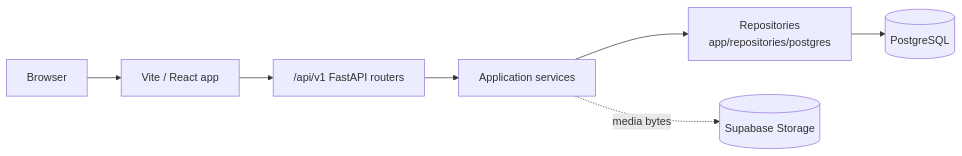
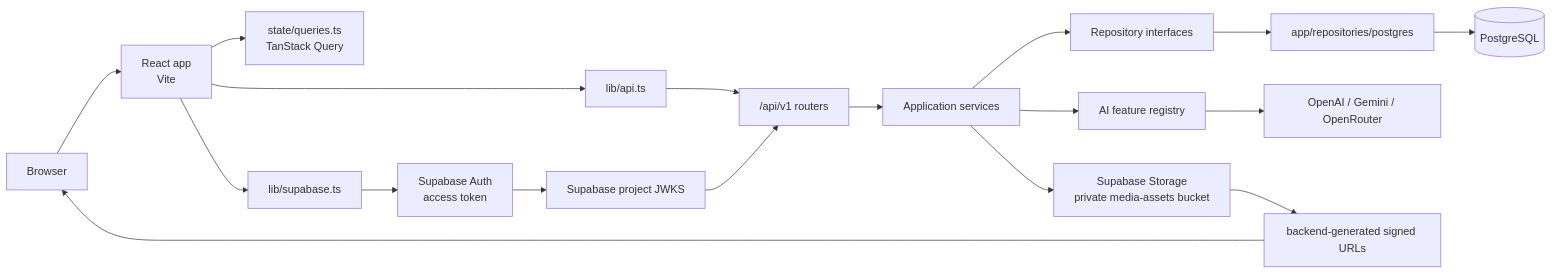
One commit to CS3216-A3-G7/linguini changed the first of 2 diagrams in docs/architecture.md. Above: the diagram before and after it, drawn with Mermaid. The commit also changed other lines of this file and 9 other files, not shown here.

````diff
--- a/docs/architecture.md
+++ b/docs/architecture.md
@@ -18,9 +24,20 @@
 ```mermaid
 flowchart LR
-    Browser[Browser] --> Vite[Vite / React app]
-    Vite --> API["/api/v1 FastAPI routers"]
-    API --> Services[Application services]
-    Services --> Repositories["Repositories<br/>app/repositories/postgres"]
-    Repositories --> PostgreSQL[(PostgreSQL)]
-    Services -. media bytes .-> Storage[(Supabase Storage)]
+    Browser[Browser] --> React["React app<br/>Vite"]
+    React --> Queries["state/queries.ts<br/>TanStack Query"]
+    React --> APIClient["lib/api.ts"]
+    React --> SupabaseClient["lib/supabase.ts"]
+    SupabaseClient --> Auth["Supabase Auth<br/>access token"]
+    APIClient --> Routers["/api/v1 routers"]
+    Routers --> Services[Application services]
+    Services --> Interfaces["Repository interfaces"]
+    Interfaces --> PGAdapters["app/repositories/postgres"]
+    PGAdapters --> PostgreSQL[(PostgreSQL)]
+    Services --> AI["AI feature registry"]
+    AI --> Providers["OpenAI / Gemini / OpenRouter"]
+    Services --> Storage["Supabase Storage<br/>private media-assets bucket"]
+    Storage --> Signed["backend-generated signed URLs"]
+    Signed --> Browser
+    Auth --> JWKS["Supabase project JWKS"]
+    JWKS --> Routers
 ```
````
